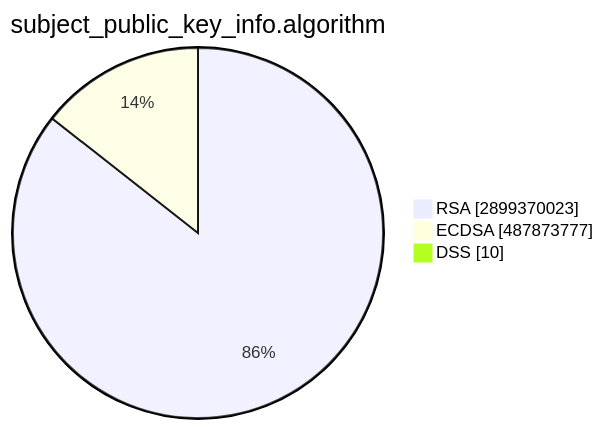
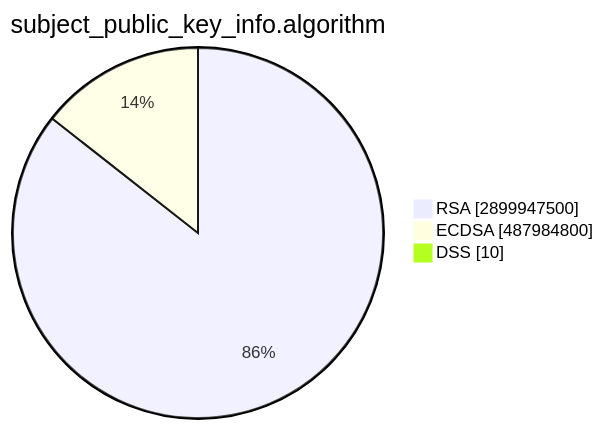
One commit to christiankrug/ctmonitor_visualization changed the second of 15 diagrams in TOTAL/README.md. Above: the diagram before and after it, drawn with Mermaid. The commit also changed other lines of this file, not shown here.

````diff
--- a/TOTAL/README.md
+++ b/TOTAL/README.md
@@ -6,7 +6,7 @@
 ```mermaid
 pie showData
 title subject_public_key_info.algorithm
-"RSA" :2899370023
-"ECDSA" :487873777
+"RSA" :2899947500
+"ECDSA" :487984800
 "DSS" :10
 ```
````
